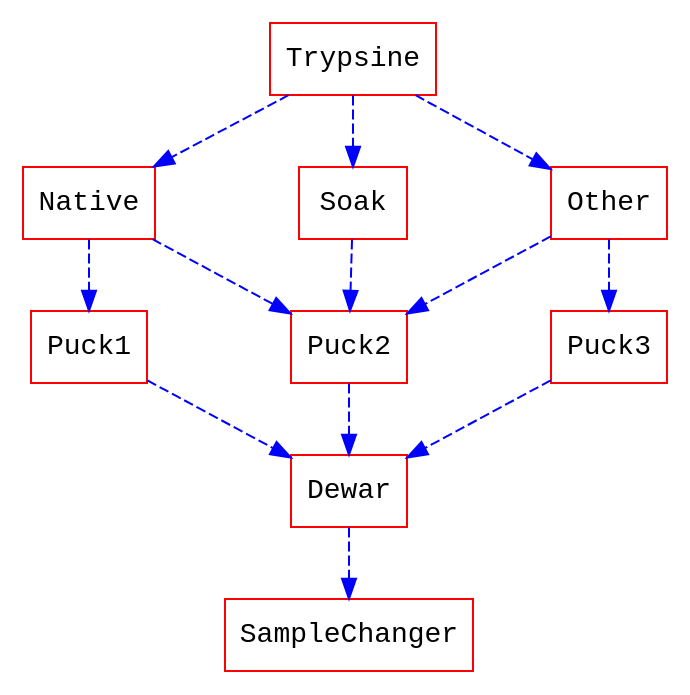
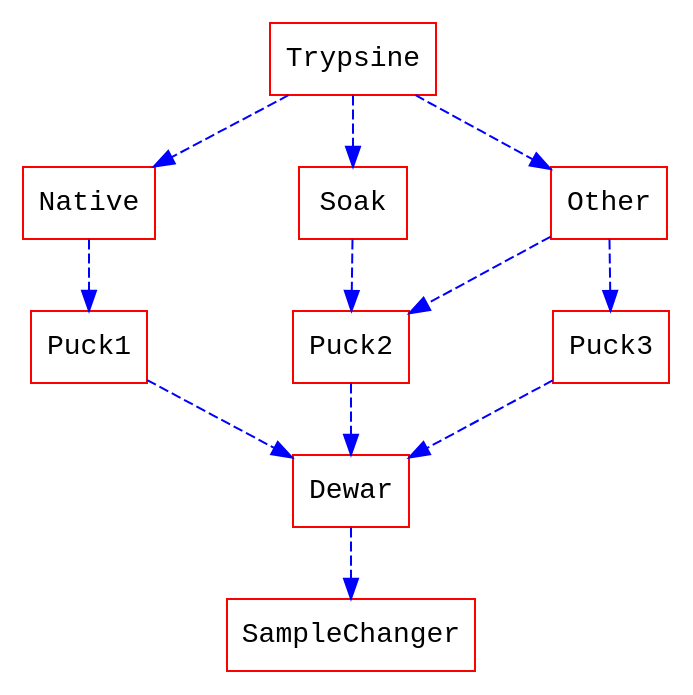
One commit to antolinos/notes changed the third of 6 diagrams in model/main.md. Above: the diagram before and after it, drawn with Graphviz. The commit also changed other lines of this file, not shown here.

````diff
--- a/model/main.md
+++ b/model/main.md
@@ -43,20 +96,20 @@
 ```graphviz
 digraph hierarchy {
 
                 nodesep=1.0 // increases the separation between nodes
 
                 node [color=Red,fontname=Courier,shape=box] //All nodes will this shape and colour
                 edge [color=Blue, style=dashed] //All the lines look like this
 
                 Trypsine->{Native Soak Other}
-                Native->{Puck1 Puck2}
+                Native->{Puck1}
                 Soak->{Puck2 }
                 Other->{Puck2 Puck3}
                 Puck1->{Dewar}
                 Puck2->{Dewar}
                 Puck3->{Dewar}
                 Dewar->{SampleChanger}
               
                 
 }
 ```
````
